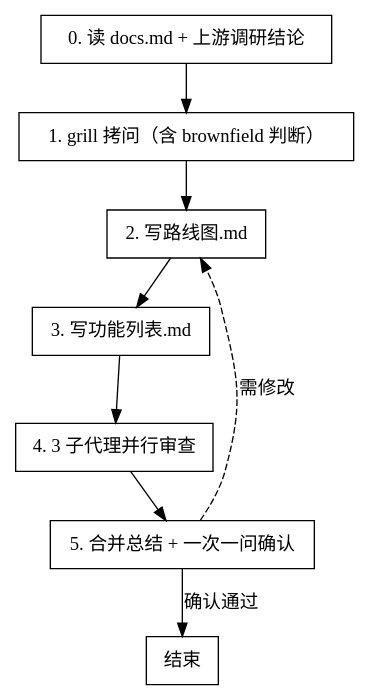
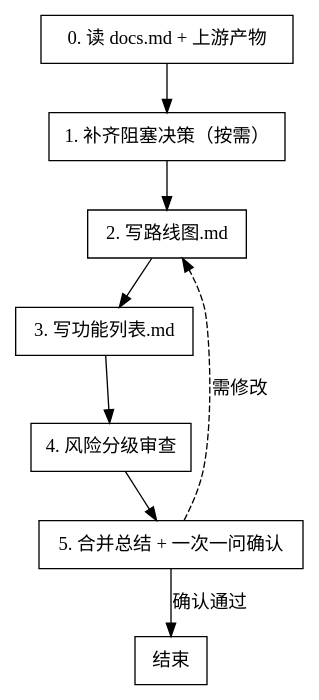
The first of 2 diagrams in dd-write-roadmap/SKILL.md (marcocpt/trae_skills), drawn with Graphviz before and after one commit. The commit also changed other lines of this file and 2 other files, not shown here.

````diff
--- a/dd-write-roadmap/SKILL.md
+++ b/dd-write-roadmap/SKILL.md
@@ -54,13 +65,13 @@
 ```dot
 digraph write_roadmap {
     rankdir=TB;
     node [shape=box];
-    "0. 读 docs.md + 上游调研结论" -> "1. grill 拷问（含 brownfield 判断）";
-    "1. grill 拷问（含 brownfield 判断）" -> "2. 写路线图.md";
+    "0. 读 docs.md + 上游产物" -> "1. 补齐阻塞决策（按需）";
+    "1. 补齐阻塞决策（按需）" -> "2. 写路线图.md";
     "2. 写路线图.md" -> "3. 写功能列表.md";
-    "3. 写功能列表.md" -> "4. 3 子代理并行审查";
-    "4. 3 子代理并行审查" -> "5. 合并总结 + 一次一问确认";
+    "3. 写功能列表.md" -> "4. 风险分级审查";
+    "4. 风险分级审查" -> "5. 合并总结 + 一次一问确认";
     "5. 合并总结 + 一次一问确认" -> "结束" [label="确认通过"];
     "5. 合并总结 + 一次一问确认" -> "2. 写路线图.md" [label="需修改", style=dashed];
 }
 ```
````
